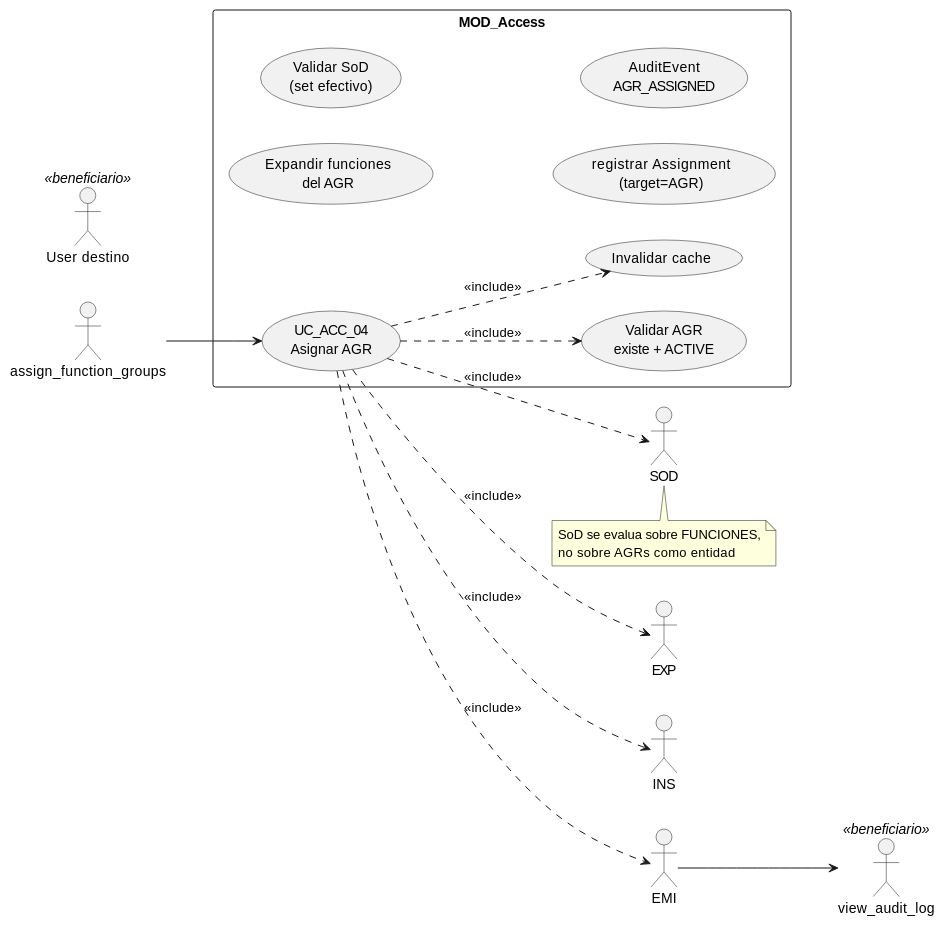
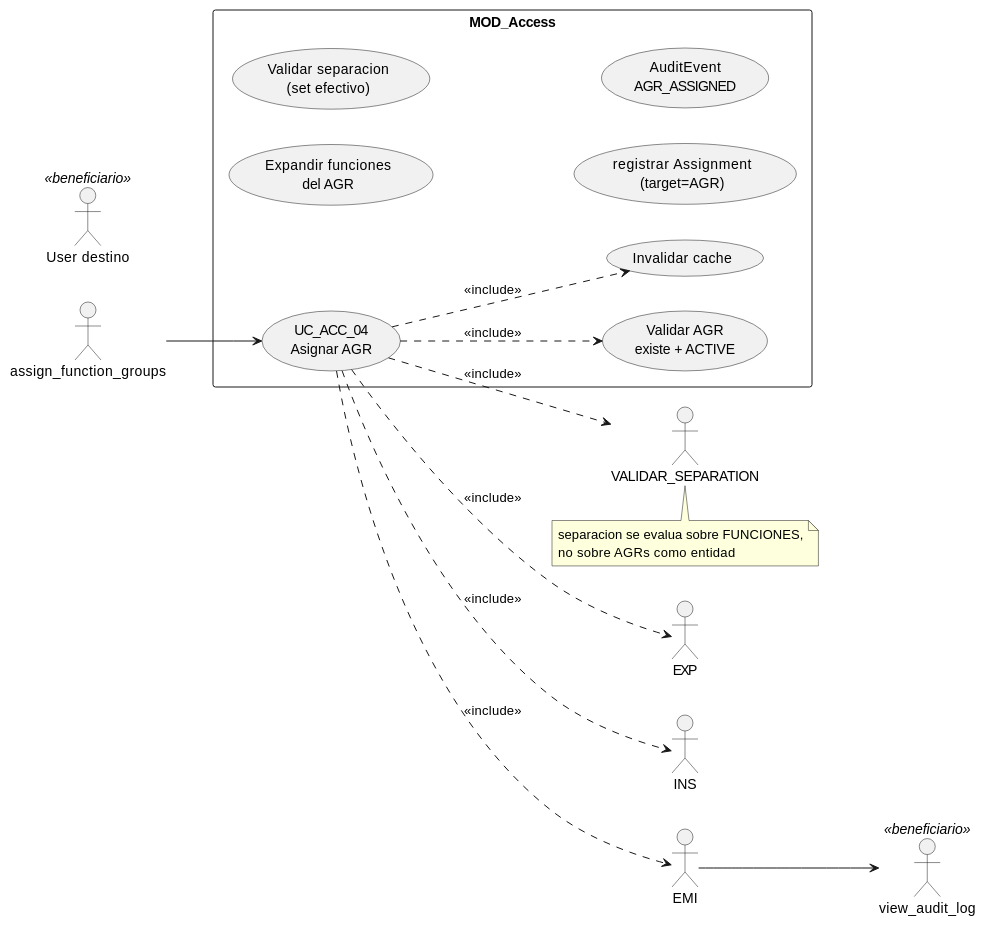
One commit to jcg-admin/IACT-docs changed the diagram in source/requisitos/casos-uso/access/uc-acc-04/diagramas-uml/diagrama-de-caso-de-uso.rst. Above: the diagram before and after it, drawn with PlantUML. The commit also changed 148 other files, not shown here.

```diff
--- a/source/requisitos/casos-uso/access/uc-acc-04/diagramas-uml/diagrama-de-caso-de-uso.rst
+++ b/source/requisitos/casos-uso/access/uc-acc-04/diagramas-uml/diagrama-de-caso-de-uso.rst
@@ -4,35 +4,35 @@
 .. uml::
  :caption: UC_ACC_04 — actores y casos asociados
 
  @startuml
  left to right direction
 
  actor "assign_function_groups" as INVOKER
  actor "User destino" as TARGET <<beneficiario>>
  actor "view_audit_log" as view_audit_log <<beneficiario>>
 
  rectangle "MOD_Access" {
    usecase "UC_ACC_04\nAsignar AGR" as UC_ACC_04
    usecase "Validar AGR\nexiste + ACTIVE" as VALIDAR_AGRUPADOR
    usecase "Expandir funciones\ndel AGR" as ExportarDatos
-   usecase "Validar SoD\n(set efectivo)" as ValidadorSoD
+   usecase "Validar separacion\n(set efectivo)" as ValidadorSeparacion
    usecase "registrar Assignment\n(target=AGR)" as RegistrarDatos
    usecase "Invalidar cache" as CACHE_PERMISOS
    usecase "AuditEvent\nAGR_ASSIGNED" as AuditEmitter
  }
 
  INVOKER --> UC_ACC_04
  UC_ACC_04 ..> VALIDAR_AGRUPADOR : <<include>>
  UC_ACC_04 ..> EXP : <<include>>
- UC_ACC_04 ..> SOD : <<include>>
+ UC_ACC_04 ..> VALIDAR_SEPARATION : <<include>>
  UC_ACC_04 ..> INS : <<include>>
  UC_ACC_04 ..> CACHE_PERMISOS : <<include>>
  UC_ACC_04 ..> EMI : <<include>>
  EMI --> view_audit_log
 
- note bottom of SOD
-   SoD se evalua sobre FUNCIONES,
+ note bottom of VALIDAR_SEPARATION
+   separacion se evalua sobre FUNCIONES,
    no sobre AGRs como entidad
  end note
 
  @enduml
```
